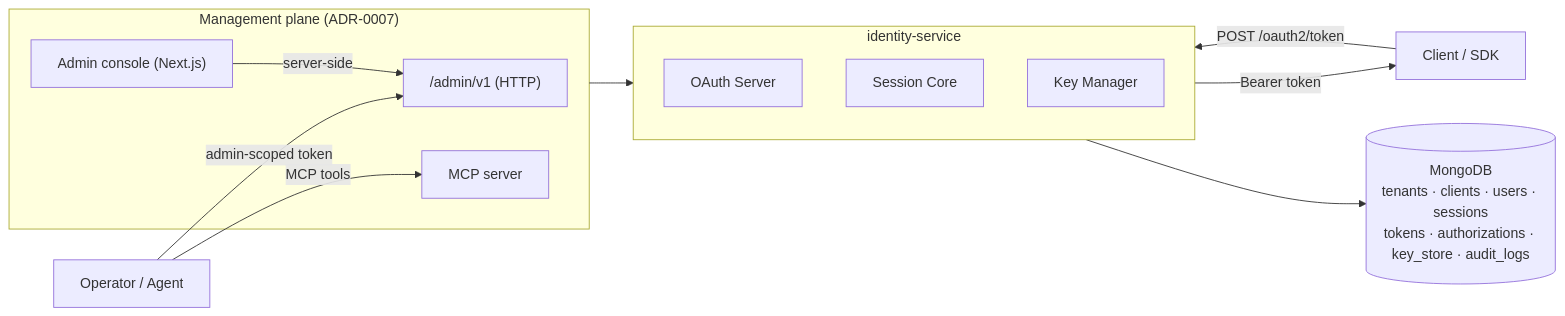
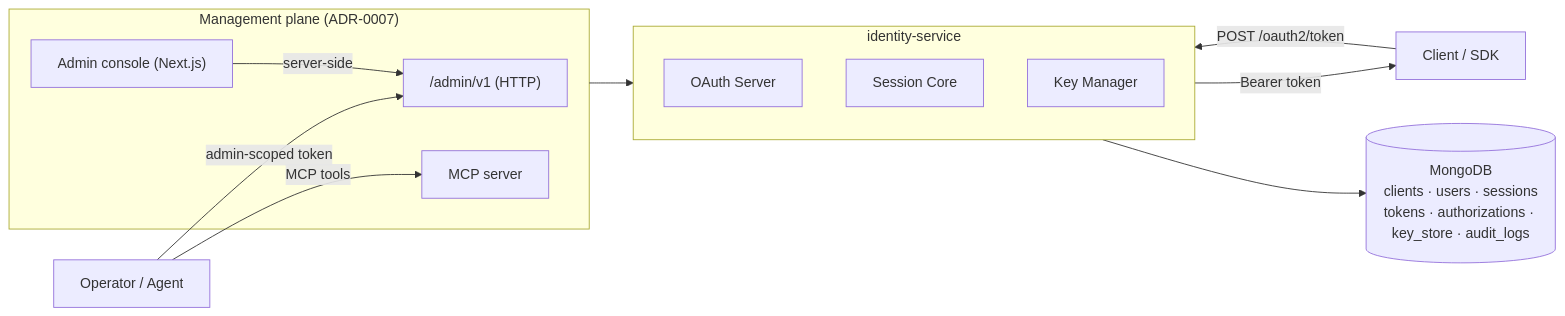
Before and after one commit to fps4/identity-service: the diagram in docs/design/architecture.md, drawn with Mermaid. The commit also changed other lines of this file and 96 other files, not shown here.

````diff
--- a/docs/design/architecture.md
+++ b/docs/design/architecture.md
@@ -34,24 +34,24 @@
 ```mermaid
 flowchart LR
     client["Client / SDK"]
     subgraph svc["identity-service"]
         oauth["OAuth Server"]
         session["Session Core"]
         keys["Key Manager"]
     end
-    db[("MongoDB<br/>tenants · clients · users · sessions<br/>tokens · authorizations · key_store · audit_logs")]
+    db[("MongoDB<br/>clients · users · sessions<br/>tokens · authorizations · key_store · audit_logs")]
     admin["Operator / Agent"]
     subgraph mgmt["Management plane (ADR-0007)"]
         api["/admin/v1 (HTTP)"]
         mcp["MCP server"]
         console["Admin console (Next.js)"]
     end
 
     client -->|"POST /oauth2/token"| svc
     svc -->|"Bearer token"| client
     svc --> db
     admin -->|"admin-scoped token"| api
     admin -->|"MCP tools"| mcp
     console -->|"server-side"| api
     mgmt --> svc
 ```
````
